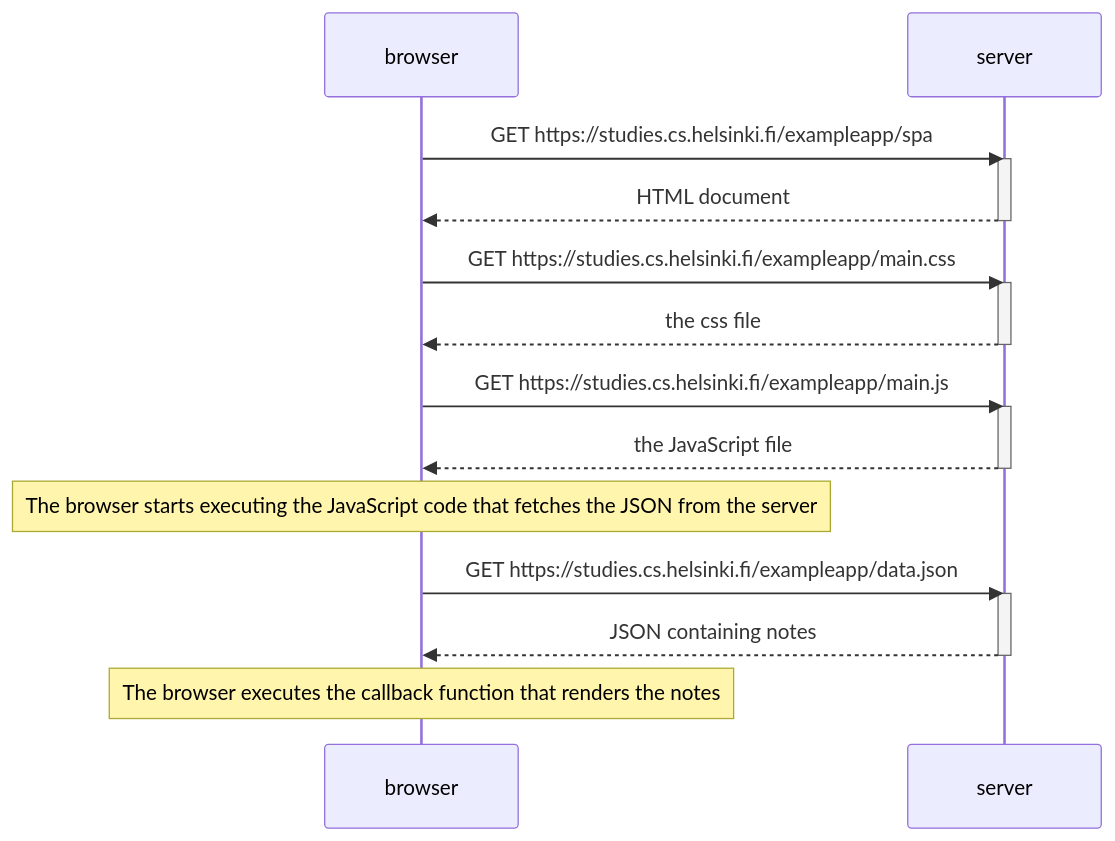
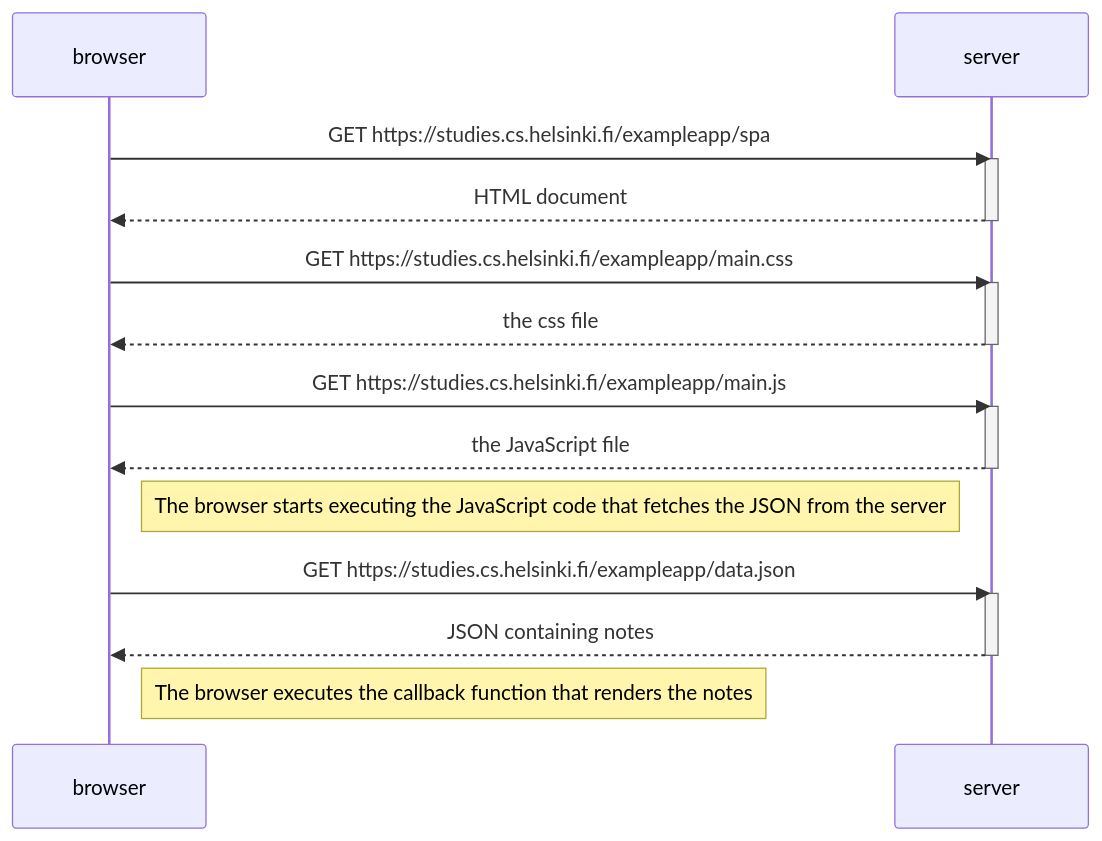
Before and after one commit to tarunvyas-maglabs/part0: the diagram in single-page-app-diagram.md, drawn with Mermaid. The commit also changed 1 other file, not shown here.

Commit message:
Fixed formatting of graphs

````diff
--- a/single-page-app-diagram.md
+++ b/single-page-app-diagram.md
@@ -1,29 +1,29 @@
 ```mermaid
 sequenceDiagram
     participant browser
     participant server
 
     browser->>server: GET https://studies.cs.helsinki.fi/exampleapp/spa
     activate server
     server-->>browser: HTML document
     deactivate server
     
     browser->>server: GET https://studies.cs.helsinki.fi/exampleapp/main.css
     activate server
     server-->>browser: the css file
     deactivate server
 
     browser->>server: GET https://studies.cs.helsinki.fi/exampleapp/main.js
     activate server
     server-->>browser: the JavaScript file
     deactivate server
 
-    Note over browser: The browser starts executing the JavaScript code that fetches the JSON from the server
+    Note right of browser: The browser starts executing the JavaScript code that fetches the JSON from the server
 
     browser->>server: GET https://studies.cs.helsinki.fi/exampleapp/data.json
     activate server
     server-->>browser: JSON containing notes
     deactivate server
 
-    Note over browser: The browser executes the callback function that renders the notes 
+    Note right of browser: The browser executes the callback function that renders the notes 
 ```
````
